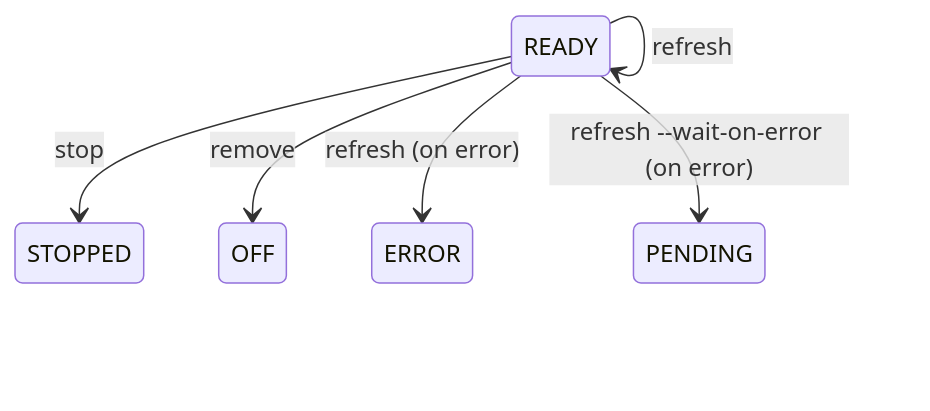
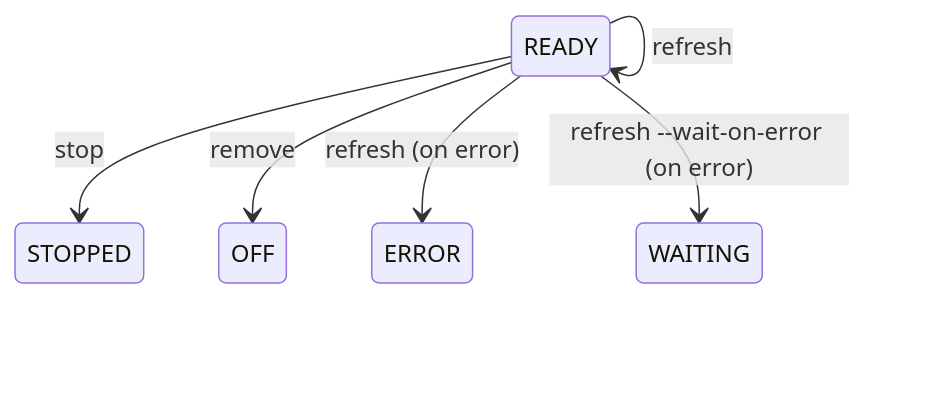
One commit to locnnil/workshop changed the second of 5 diagrams in docs/reference/workshop-status.rst. Above: the diagram before and after it, drawn with Mermaid. The commit also changed other lines of this file and 21 other files, not shown here.

Commit message:
Split Pending status into Pending and Waiting

```diff
--- a/docs/reference/workshop-status.rst
+++ b/docs/reference/workshop-status.rst
@@ -41,12 +41,12 @@
 .. mermaid::
    :alt: Ready state
    :caption: Ready state
    :align: center
 
    stateDiagram-v2
        READY --> STOPPED: stop
        READY --> OFF: remove
        READY --> READY: remount
        READY --> READY: refresh
        READY --> ERROR: refresh (on error)
-       READY --> PENDING: refresh --wait-on-error (on error)
+       READY --> WAITING: refresh --wait-on-error (on error)
```
